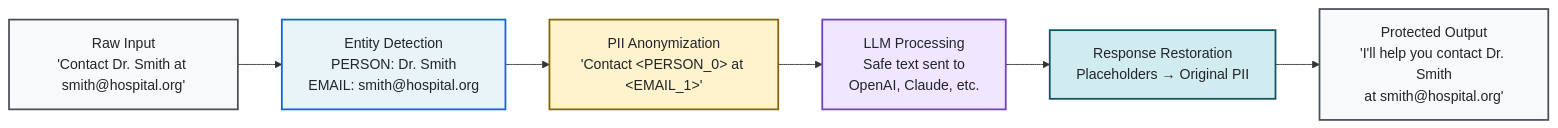
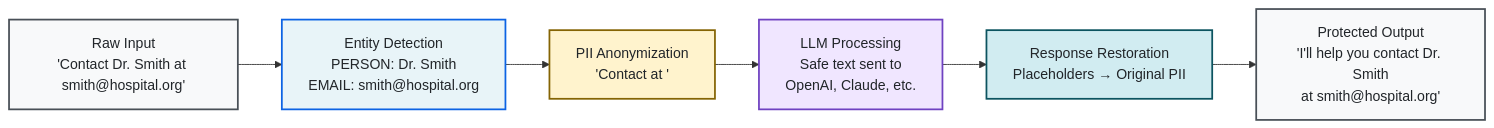
Before and after one commit to brainpolo/llmshield: the first of 4 diagrams in README.md, drawn with Mermaid. The commit also changed other lines of this file and 11 other files, not shown here.

````diff
--- a/README.md
+++ b/README.md
@@ -36,26 +116,26 @@
 ```mermaid
 graph LR
     A["Raw Input<br/>'Contact Dr. Smith at smith@hospital.org'"] --> B["Entity Detection<br/>PERSON: Dr. Smith<br/>EMAIL: smith@hospital.org"]
 
-    B --> C["PII Anonymization<br/>'Contact &lt;PERSON_0&gt; at &lt;EMAIL_1&gt;'"]
+    B --> C["PII Anonymization<br/>'Contact <PERSON_0> at <EMAIL_1>'"]
 
     C --> D["LLM Processing<br/>Safe text sent to<br/>OpenAI, Claude, etc."]
 
     D --> E["Response Restoration<br/>Placeholders → Original PII"]
 
     E --> F["Protected Output<br/>'I'll help you contact Dr. Smith<br/>at smith@hospital.org'"]
 
     %% Styling
     classDef flowStyle fill:#f8f9fa,stroke:#495057,stroke-width:2px,color:#212529
     classDef detectionStyle fill:#e8f4f8,stroke:#0c63e4,stroke-width:2px,color:#212529
     classDef anonymizationStyle fill:#fff3cd,stroke:#856404,stroke-width:2px,color:#212529
     classDef llmStyle fill:#f0e6ff,stroke:#6f42c1,stroke-width:2px,color:#212529
     classDef restorationStyle fill:#d1ecf1,stroke:#0c5460,stroke-width:2px,color:#212529
 
     class A flowStyle
     class B detectionStyle
     class C anonymizationStyle
     class D llmStyle
     class E restorationStyle
     class F flowStyle
 ```
````
